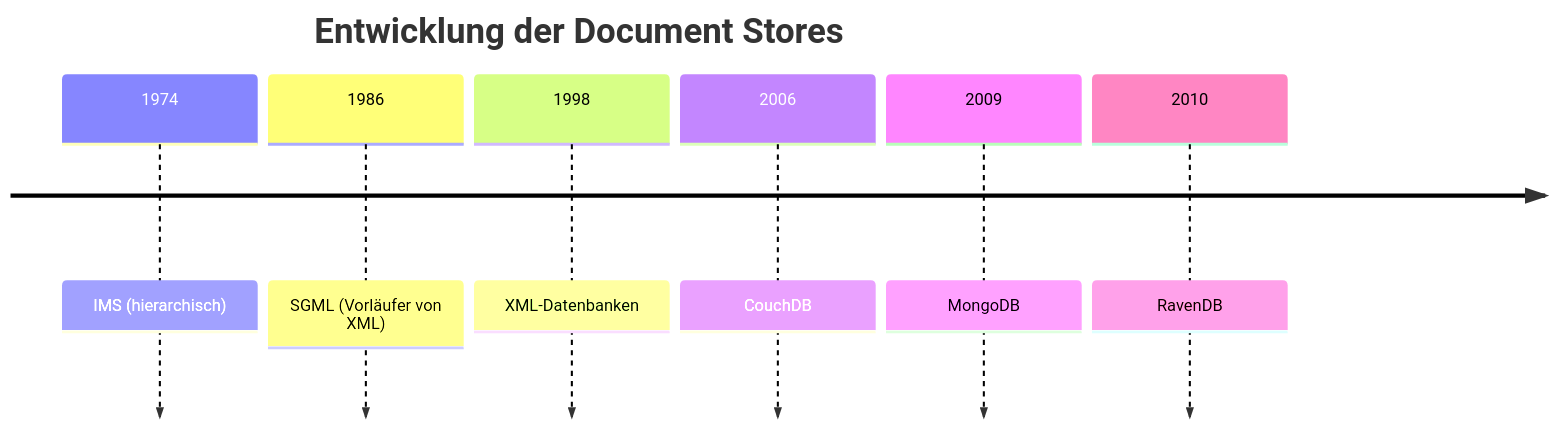
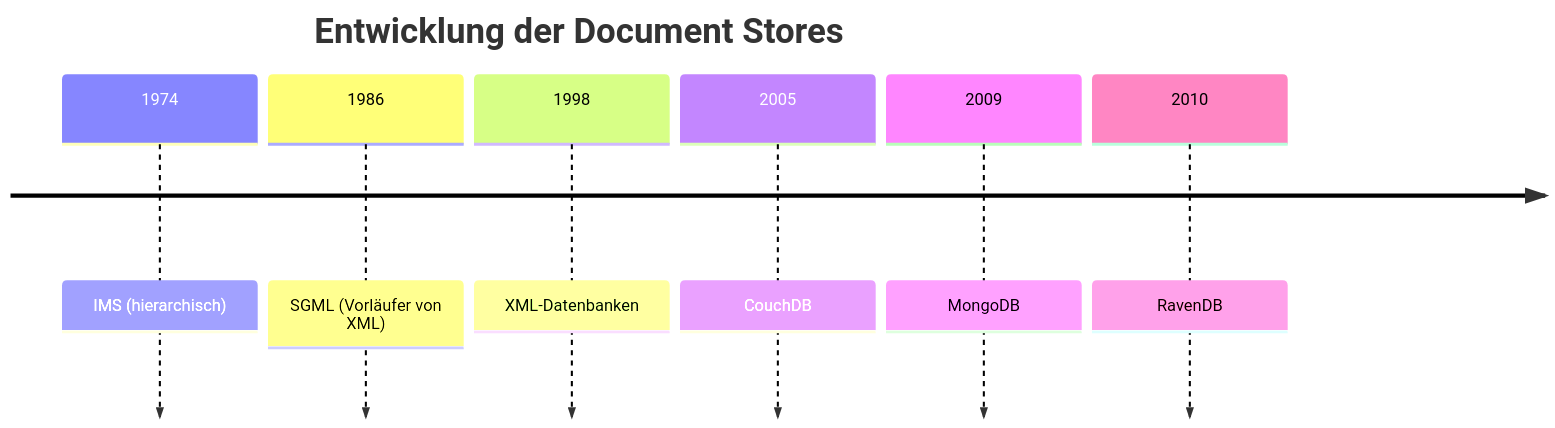
Before and after one commit to andre-dietrich/Datenbankensysteme-Vorlesung: the first of 2 diagrams in materials/3-lecture.md, drawn with Mermaid. The commit also changed other lines of this file, not shown here.

````diff
--- a/materials/3-lecture.md
+++ b/materials/3-lecture.md
@@ -261,10 +261,10 @@
 ```mermaid   @mermaid
 timeline
   title Entwicklung der Document Stores
   1974 : IMS (hierarchisch)
   1986 : SGML (Vorläufer von XML)
   1998 : XML-Datenbanken
-  2006 : CouchDB
+  2005 : CouchDB
   2009 : MongoDB
   2010 : RavenDB
 ```
````
